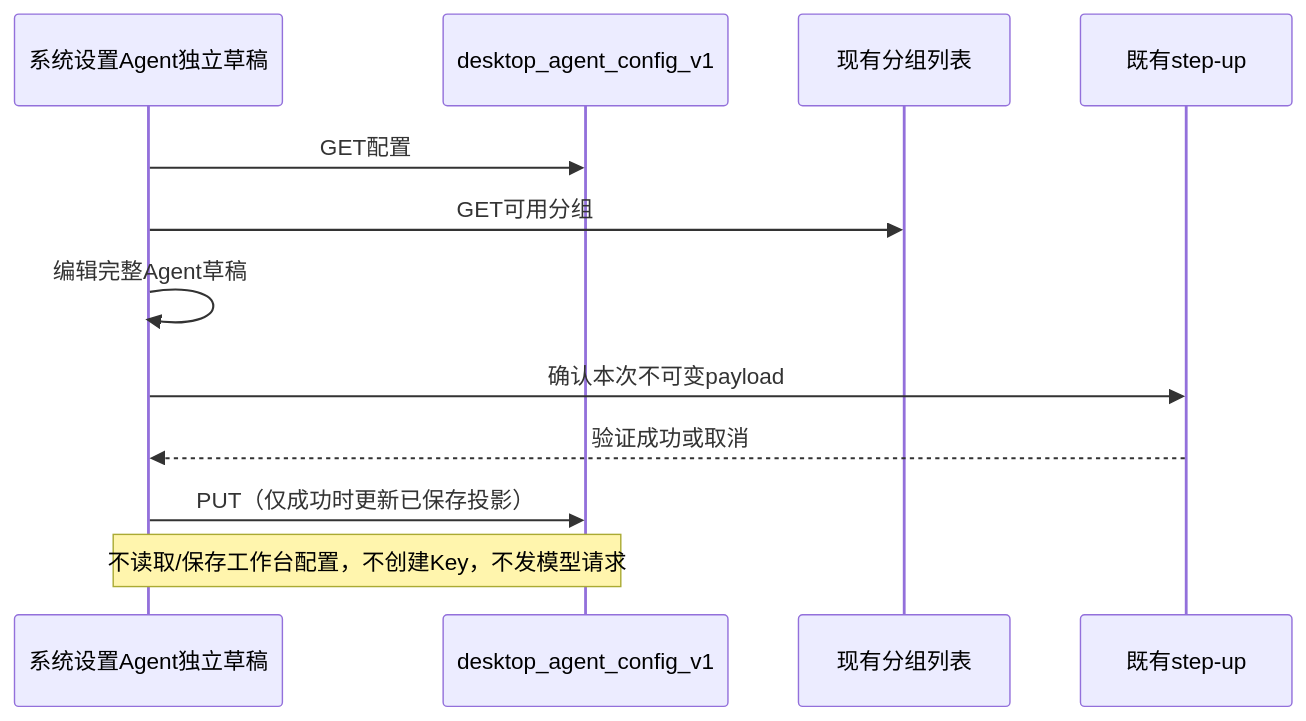
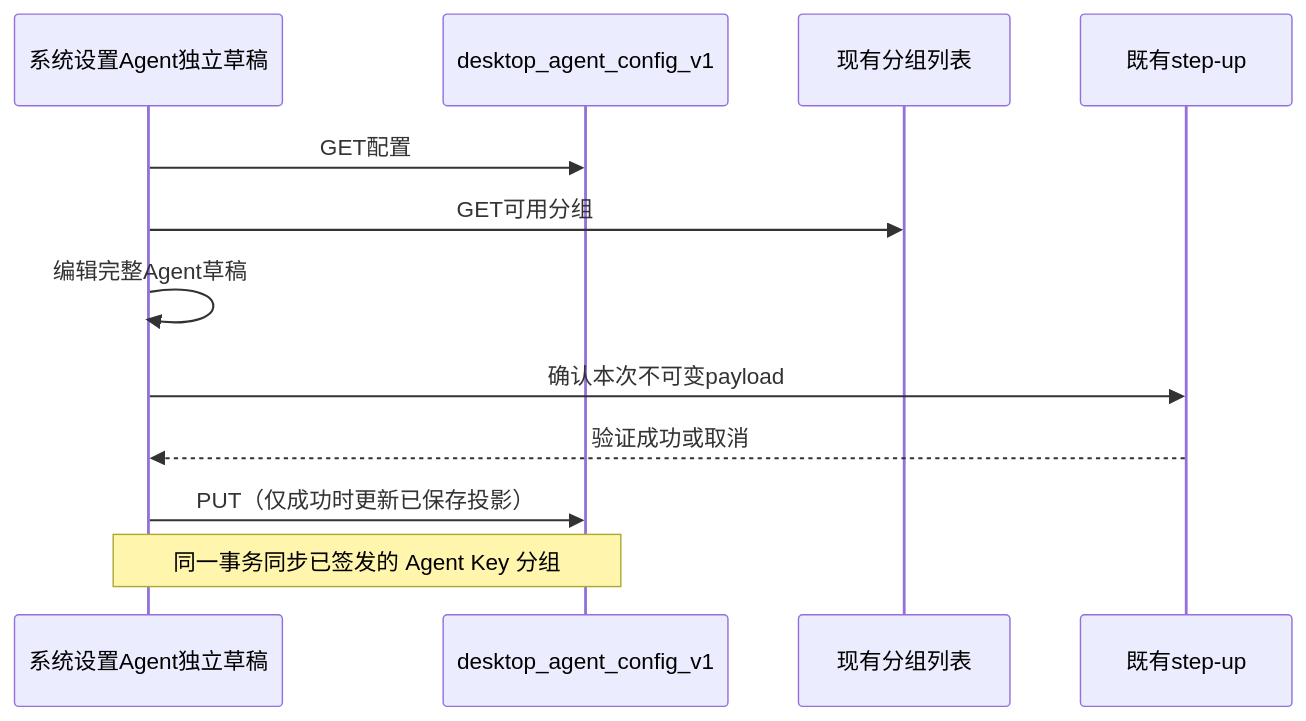
One commit to baisuipingan/sub2api changed the fourth of 5 diagrams in docs/DESKTOP_AGENT.md. Above: the diagram before and after it, drawn with Mermaid. The commit also changed other lines of this file and 325 other files, not shown here.

````diff
--- a/docs/DESKTOP_AGENT.md
+++ b/docs/DESKTOP_AGENT.md
@@ -224,14 +224,14 @@
 ```mermaid
 sequenceDiagram
   participant A as 系统设置Agent独立草稿
   participant D as desktop_agent_config_v1
   participant G as 现有分组列表
   participant S as 既有step-up
   A->>D: GET配置
   A->>G: GET可用分组
   A->>A: 编辑完整Agent草稿
   A->>S: 确认本次不可变payload
   S-->>A: 验证成功或取消
   A->>D: PUT（仅成功时更新已保存投影）
-  Note over A,D: 不读取/保存工作台配置，不创建Key，不发模型请求
+  Note over A,D: 同一事务同步已签发的 Agent Key 分组
 ```
````
